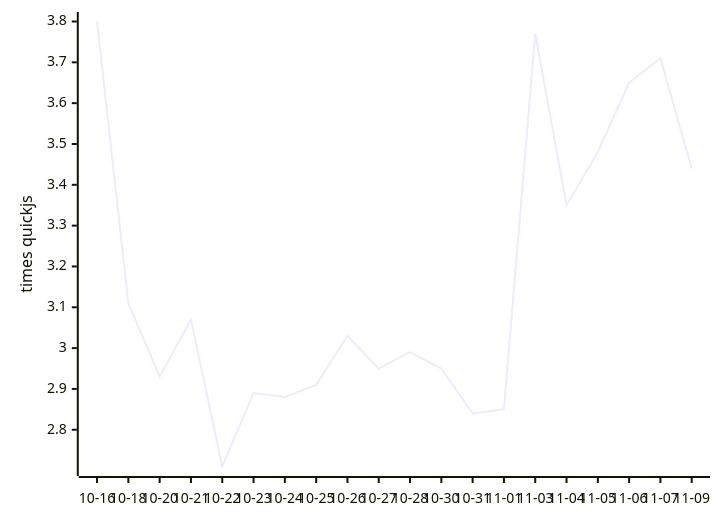
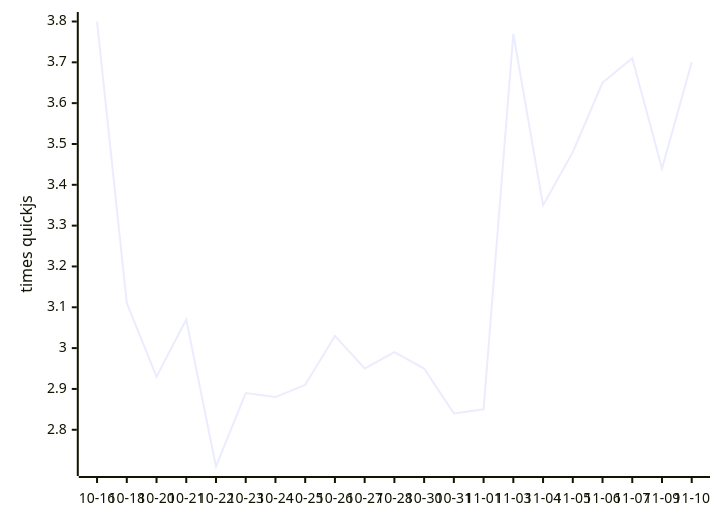
Before and after one commit to mozzius/kahvi: the diagram in README.md, drawn with Mermaid. The commit also changed other lines of this file and 1 other file, not shown here.

````diff
--- a/README.md
+++ b/README.md
@@ -9,6 +9,6 @@
 ```mermaid
 xychart-beta
-  x-axis ["10-16", "10-18", "10-20", "10-21", "10-22", "10-23", "10-24", "10-25", "10-26", "10-27", "10-28", "10-30", "10-31", "11-01", "11-03", "11-04", "11-05", "11-06", "11-07", "11-09"]
+  x-axis ["10-16", "10-18", "10-20", "10-21", "10-22", "10-23", "10-24", "10-25", "10-26", "10-27", "10-28", "10-30", "10-31", "11-01", "11-03", "11-04", "11-05", "11-06", "11-07", "11-09", "11-10"]
   y-axis "times quickjs"
-  line [3.80, 3.11, 2.93, 3.07, 2.71, 2.89, 2.88, 2.91, 3.03, 2.95, 2.99, 2.95, 2.84, 2.85, 3.77, 3.35, 3.48, 3.65, 3.71, 3.44]
+  line [3.80, 3.11, 2.93, 3.07, 2.71, 2.89, 2.88, 2.91, 3.03, 2.95, 2.99, 2.95, 2.84, 2.85, 3.77, 3.35, 3.48, 3.65, 3.71, 3.44, 3.70]
 ```
````
